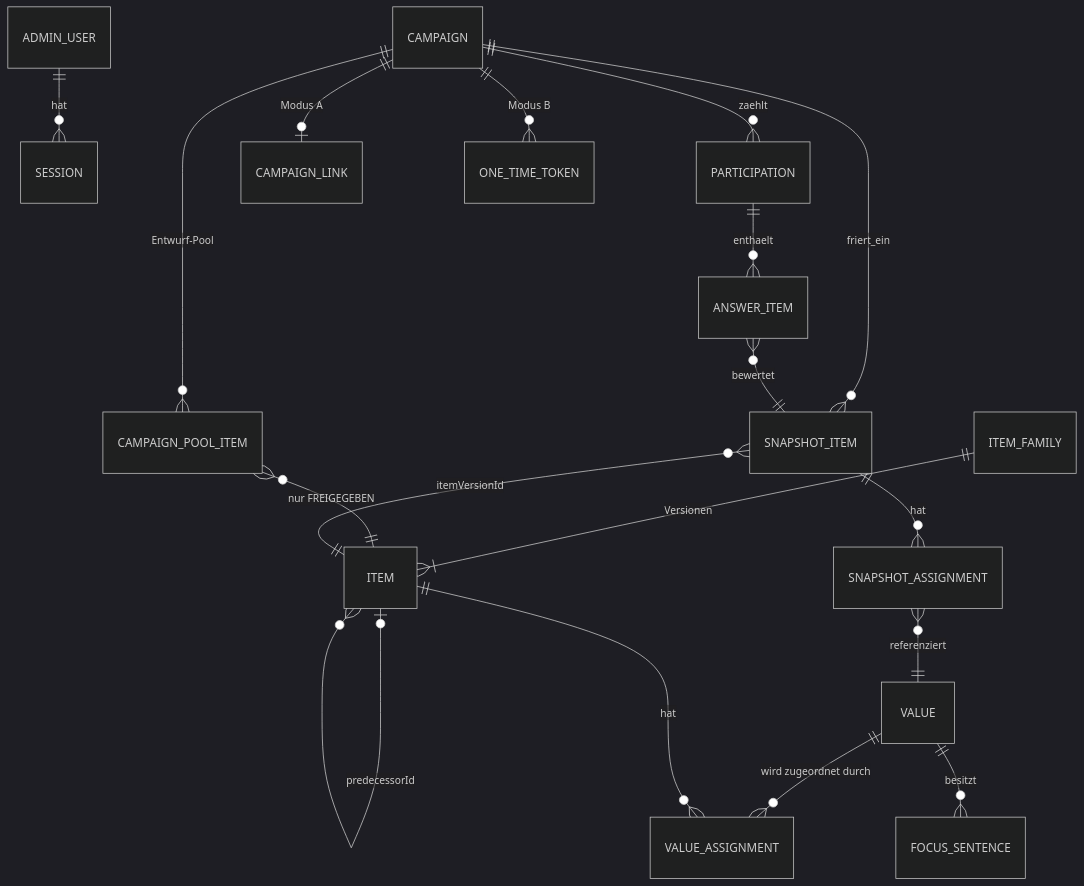
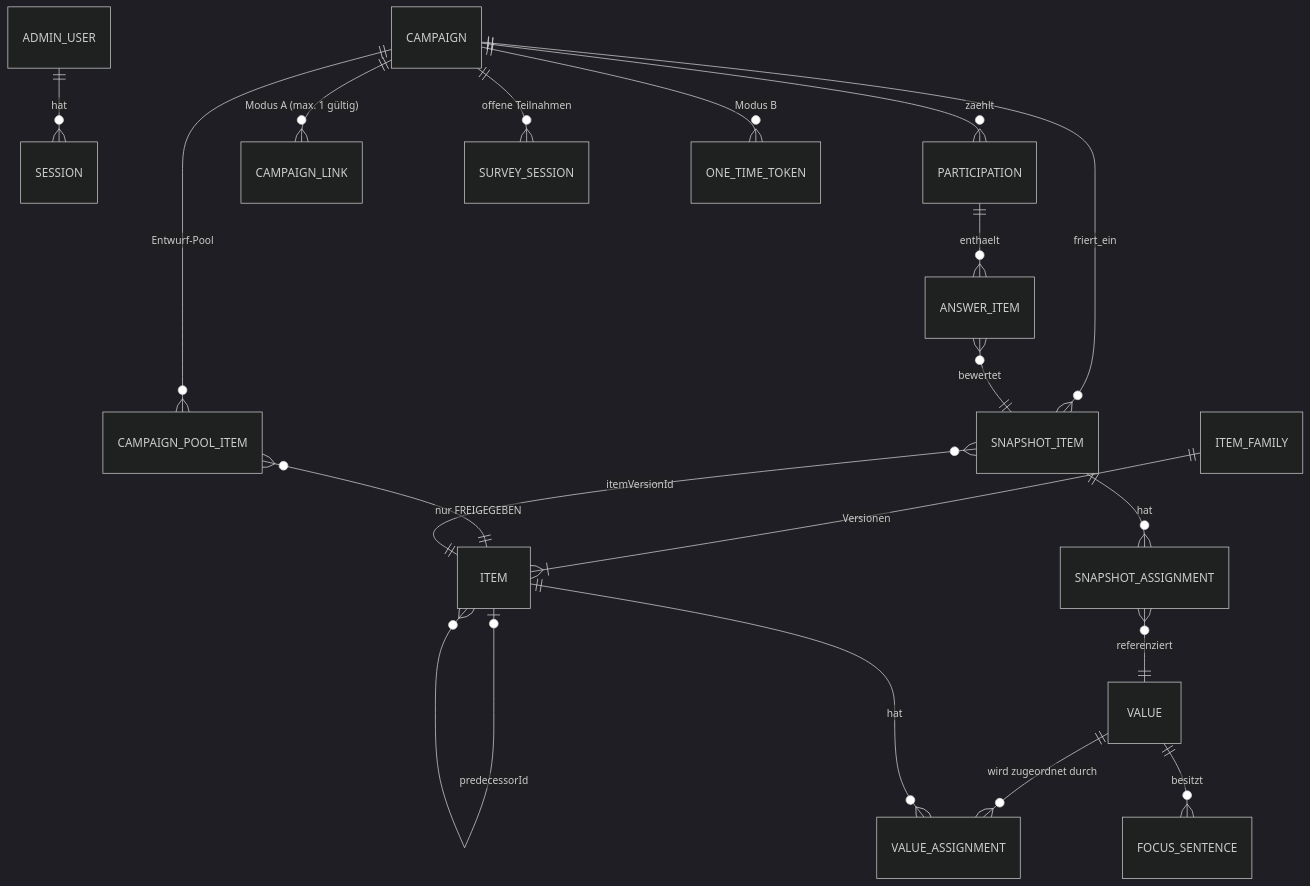
Before and after one commit to dschmid2/kulturbarometer: the third of 3 diagrams in .kiro/specs/kulturbarometer/design.md, drawn with Mermaid (dark theme). The commit also changed other lines of this file and 1 other file, not shown here.

First line of the commit message:
Teilnahme-Ablauf und Kampagnen-Link präzisieren

````diff
--- a/.kiro/specs/kulturbarometer/design.md
+++ b/.kiro/specs/kulturbarometer/design.md
@@ -280,24 +282,25 @@
 ```mermaid
 erDiagram
     ADMIN_USER ||--o{ SESSION : hat
     VALUE ||--o{ FOCUS_SENTENCE : besitzt
     VALUE ||--o{ VALUE_ASSIGNMENT : "wird zugeordnet durch"
     ITEM ||--o{ VALUE_ASSIGNMENT : hat
     ITEM_FAMILY ||--|{ ITEM : "Versionen"
     ITEM |o--o{ ITEM : "predecessorId"
 
     CAMPAIGN ||--o{ CAMPAIGN_POOL_ITEM : "Entwurf-Pool"
     CAMPAIGN_POOL_ITEM }o--|| ITEM : "nur FREIGEGEBEN"
 
     CAMPAIGN ||--o{ SNAPSHOT_ITEM : friert_ein
     SNAPSHOT_ITEM }o--|| ITEM : "itemVersionId"
     SNAPSHOT_ITEM ||--o{ SNAPSHOT_ASSIGNMENT : hat
     SNAPSHOT_ASSIGNMENT }o--|| VALUE : referenziert
 
     CAMPAIGN ||--o{ PARTICIPATION : zaehlt
     PARTICIPATION ||--o{ ANSWER_ITEM : enthaelt
     ANSWER_ITEM }o--|| SNAPSHOT_ITEM : bewertet
 
-    CAMPAIGN ||--o| CAMPAIGN_LINK : "Modus A"
+    CAMPAIGN ||--o{ CAMPAIGN_LINK : "Modus A (max. 1 gültig)"
+    CAMPAIGN ||--o{ SURVEY_SESSION : "offene Teilnahmen"
     CAMPAIGN ||--o{ ONE_TIME_TOKEN : "Modus B"
 ```
````
